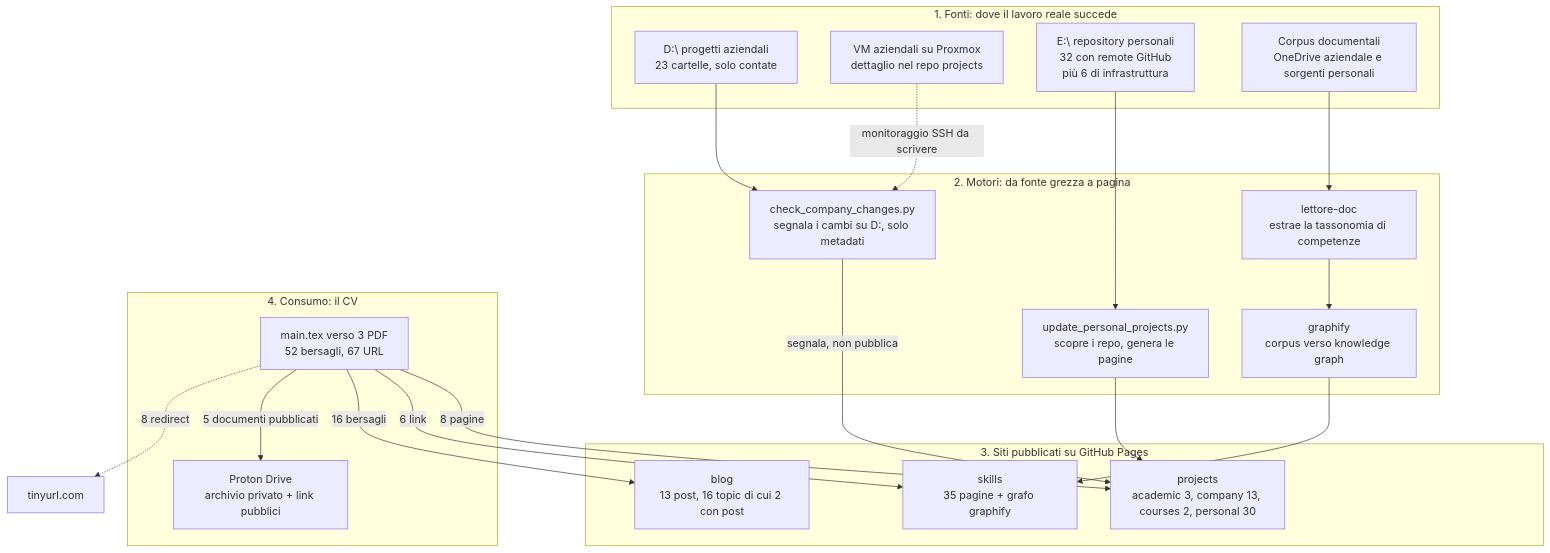
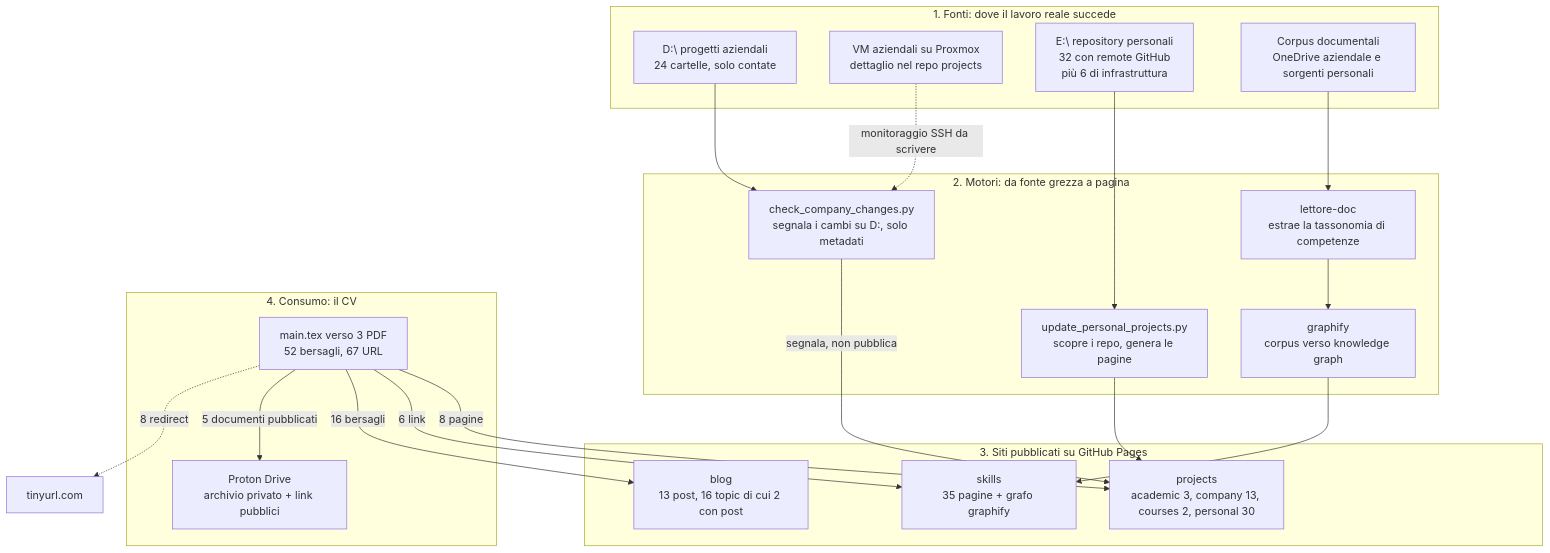
One commit to alesop95/my-cv changed the diagram in .claude/context/architecture.md. Above: the diagram before and after it, drawn with Mermaid. The commit also changed other lines of this file and 11 other files, not shown here.

````diff
--- a/.claude/context/architecture.md
+++ b/.claude/context/architecture.md
@@ -32,42 +32,42 @@
 ```mermaid
 flowchart TB
     subgraph FONTI["1. Fonti: dove il lavoro reale succede"]
-    D_ROOT["D:\ progetti aziendali<br/>23 cartelle, solo contate"]
+    D_ROOT["D:\ progetti aziendali<br/>24 cartelle, solo contate"]
     VM["VM aziendali su Proxmox<br/>dettaglio nel repo projects"]
     E_ROOT["E:\ repository personali<br/>32 con remote GitHub<br/>più 6 di infrastruttura"]
     DOCS["Corpus documentali<br/>OneDrive aziendale e sorgenti personali"]
     end
 
     subgraph MOTORI["2. Motori: da fonte grezza a pagina"]
     UPD["update_personal_projects.py<br/>scopre i repo, genera le pagine"]
     CHK["check_company_changes.py<br/>segnala i cambi su D:, solo metadati"]
     LETT["lettore-doc<br/>estrae la tassonomia di competenze"]
     GRAPHIFY["graphify<br/>corpus verso knowledge graph"]
     end
 
     subgraph SITI["3. Siti pubblicati su GitHub Pages"]
     S_PROJ["projects<br/>academic 3, company 13, courses 2, personal 30"]
     S_BLOG["blog<br/>13 post, 16 topic di cui 2 con post"]
     S_SKILLS["skills<br/>35 pagine + grafo graphify"]
     end
 
     subgraph CONSUMO["4. Consumo: il CV"]
     CV["main.tex verso 3 PDF<br/>52 bersagli, 67 URL"]
     PROTON["Proton Drive<br/>archivio privato + link pubblici"]
     end
 
     E_ROOT --> UPD
     D_ROOT --> CHK
     VM -.->|"monitoraggio SSH da scrivere"| CHK
     DOCS --> LETT
     LETT --> GRAPHIFY
     UPD --> S_PROJ
     CHK -->|"segnala, non pubblica"| S_PROJ
     GRAPHIFY --> S_SKILLS
 
     CV -->|"8 pagine"| S_PROJ
     CV -->|"6 link"| S_SKILLS
     CV -->|"16 bersagli"| S_BLOG
     CV -->|"5 documenti pubblicati"| PROTON
     CV -.->|"8 redirect"| TINY["tinyurl.com"]
 ```
````
